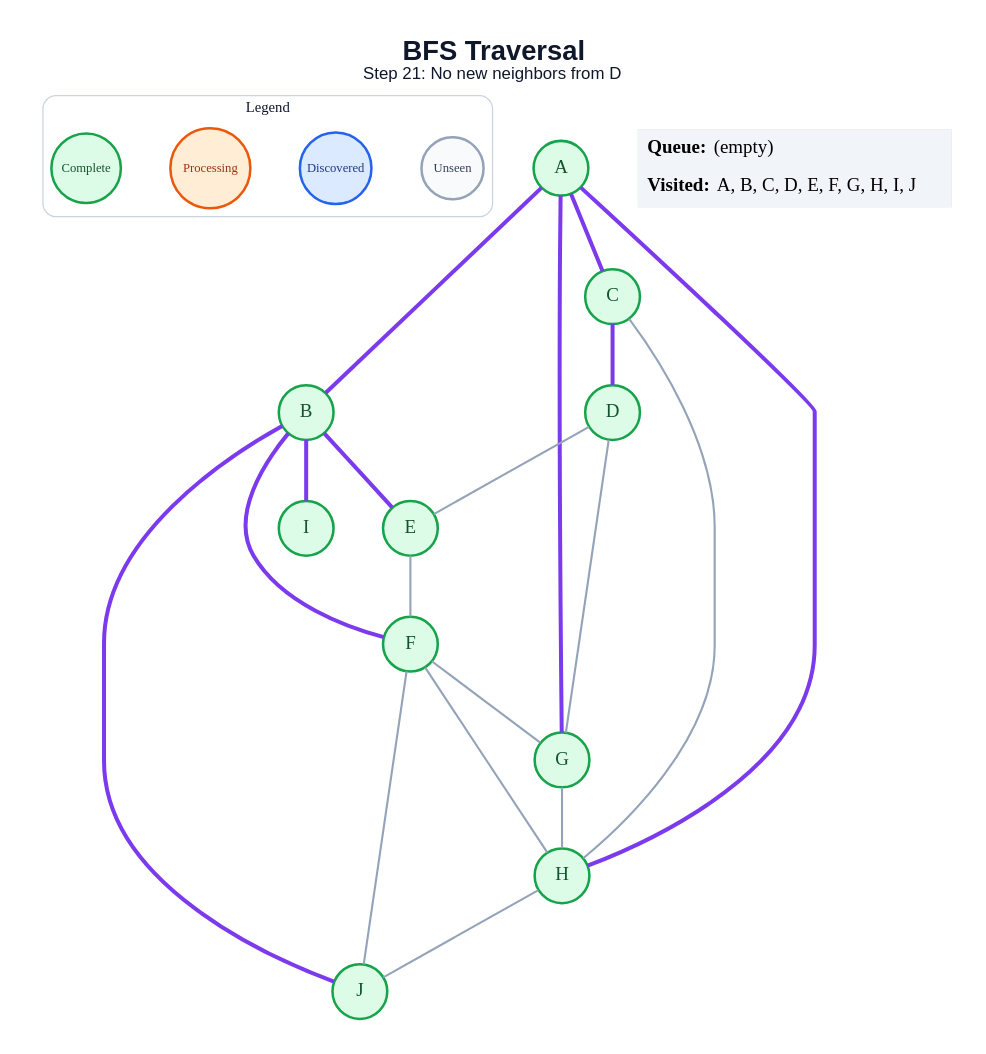
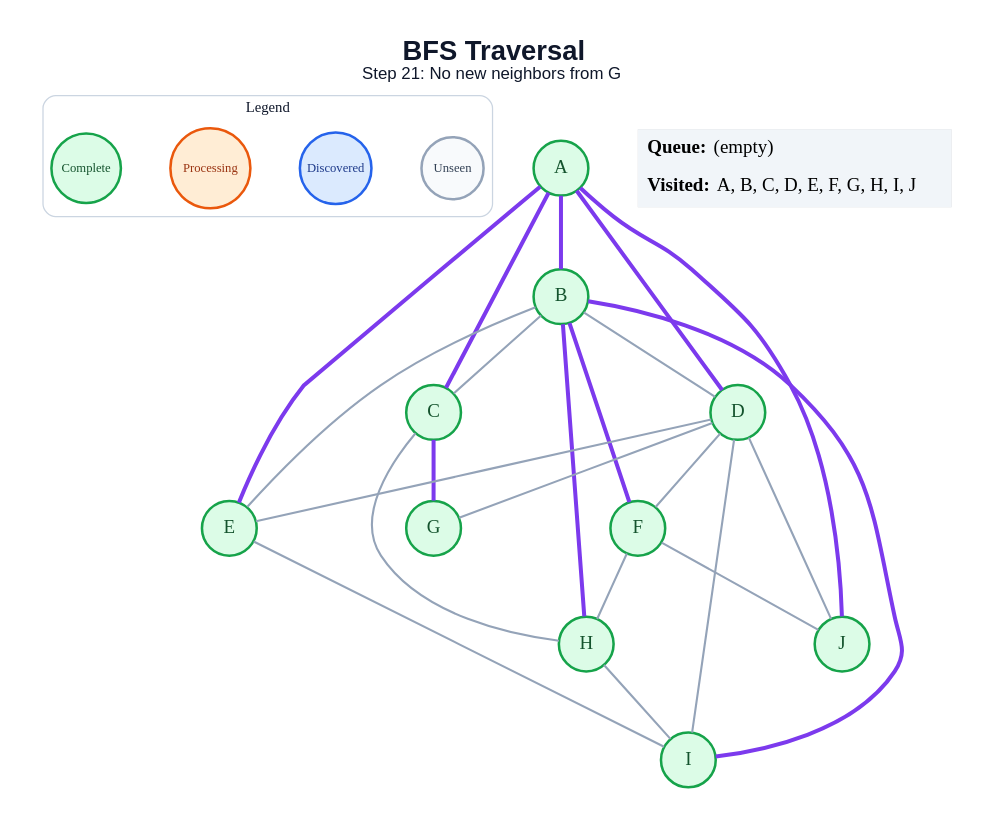
The diagram in generated/bfs/step_21.dot (anon7238593-create/ai-slop), drawn with Graphviz before and after one commit. The commit also changed 178 other files, not shown here.

```diff
--- a/generated/bfs/step_21.dot
+++ b/generated/bfs/step_21.dot
@@ -1,47 +1,51 @@
 graph traversal {
   graph [layout=dot, rankdir=TB, bgcolor="#FFFFFF", pad="0.35", nodesep="0.65", ranksep="0.8", fontname="Arial"];
   node [shape=circle, style="filled", fontname="Arial Bold", fontsize=18, width=0.72, fixedsize=true, penwidth=2.4];
   edge [color="#94A3B8", penwidth=2.0];
-  label=<<B>BFS Traversal</B><BR/><FONT POINT-SIZE="16">Step 21: No new neighbors from D</FONT>>; labelloc="t"; fontsize=26; fontname="Arial"; fontcolor="#0F172A";
+  label=<<B>BFS Traversal</B><BR/><FONT POINT-SIZE="16">Step 21: No new neighbors from G</FONT>>; labelloc="t"; fontsize=26; fontname="Arial"; fontcolor="#0F172A";
   subgraph cluster_legend { label="Legend"; color="#CBD5E1"; penwidth=1.2; style="rounded"; fontsize=14; fontname="Arial Bold";
     key_unseen [label="Unseen", fillcolor="#F8FAFC", color="#94A3B8", fontcolor="#334155", fontsize=12, width=0.82];
     key_frontier [label="Discovered", fillcolor="#DBEAFE", color="#2563EB", fontcolor="#1E3A8A", fontsize=12, width=0.95];
     key_current [label="Processing", fillcolor="#FFEDD5", color="#EA580C", fontcolor="#9A3412", fontsize=12, width=1.05];
     key_done [label="Complete", fillcolor="#DCFCE7", color="#16A34A", fontcolor="#14532D", fontsize=12, width=0.92];
     { rank=same; key_unseen; key_frontier; key_current; key_done; }
   }
   A [fillcolor="#DCFCE7", color="#16A34A", fontcolor="#14532D"];
   B [fillcolor="#DCFCE7", color="#16A34A", fontcolor="#14532D"];
   C [fillcolor="#DCFCE7", color="#16A34A", fontcolor="#14532D"];
   D [fillcolor="#DCFCE7", color="#16A34A", fontcolor="#14532D"];
   E [fillcolor="#DCFCE7", color="#16A34A", fontcolor="#14532D"];
   F [fillcolor="#DCFCE7", color="#16A34A", fontcolor="#14532D"];
   G [fillcolor="#DCFCE7", color="#16A34A", fontcolor="#14532D"];
   H [fillcolor="#DCFCE7", color="#16A34A", fontcolor="#14532D"];
   I [fillcolor="#DCFCE7", color="#16A34A", fontcolor="#14532D"];
   J [fillcolor="#DCFCE7", color="#16A34A", fontcolor="#14532D"];
   A -- B [color="#7C3AED", penwidth=3.8];
   A -- C [color="#7C3AED", penwidth=3.8];
-  A -- G [color="#7C3AED", penwidth=3.8];
-  A -- H [color="#7C3AED", penwidth=3.8];
-  B -- E [color="#7C3AED", penwidth=3.8];
+  A -- D [color="#7C3AED", penwidth=3.8];
+  A -- E [color="#7C3AED", penwidth=3.8];
+  A -- J [color="#7C3AED", penwidth=3.8];
+  B -- C;
+  B -- D;
+  B -- E;
   B -- F [color="#7C3AED", penwidth=3.8];
+  B -- H [color="#7C3AED", penwidth=3.8];
   B -- I [color="#7C3AED", penwidth=3.8];
-  B -- J [color="#7C3AED", penwidth=3.8];
-  C -- D [color="#7C3AED", penwidth=3.8];
+  C -- G [color="#7C3AED", penwidth=3.8];
   C -- H;
   D -- E;
+  D -- F;
   D -- G;
-  E -- F;
-  F -- G;
+  D -- I;
+  D -- J;
+  E -- I;
   F -- H;
   F -- J;
-  G -- H;
-  H -- J;
+  H -- I;
   status [shape=plain, fixedsize=false, width=0, height=0, margin=0, label=<
     <TABLE BORDER="0" CELLBORDER="0" CELLPADDING="7" BGCOLOR="#F1F5F9">
       <TR><TD ALIGN="LEFT"><B>Queue:</B> (empty)</TD></TR>
       <TR><TD ALIGN="LEFT"><B>Visited:</B> A, B, C, D, E, F, G, H, I, J</TD></TR>
     </TABLE>
   >];
 }
```
